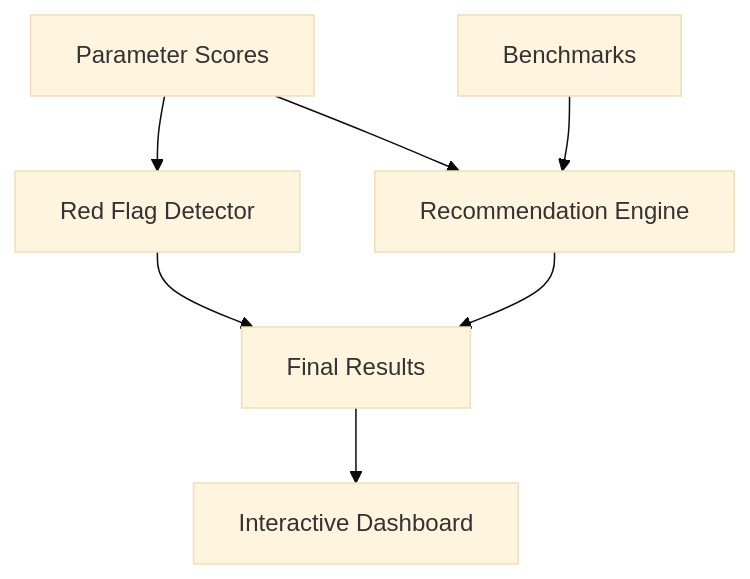
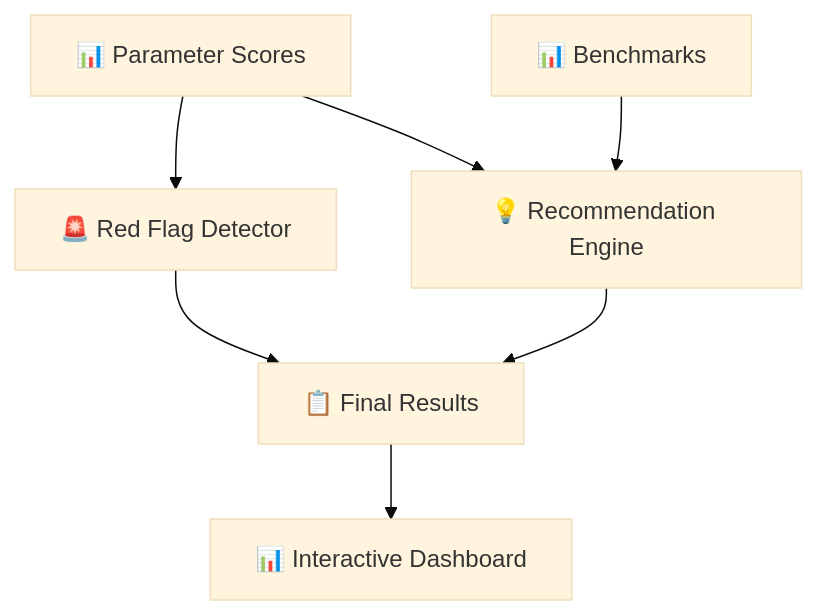
The fifth of 9 diagrams in README.md (Pooja-Vishnoi/GenAI_Hackathon), drawn with Mermaid (base theme) before and after one commit. The commit also changed other lines of this file, not shown here.

````diff
--- a/README.md
+++ b/README.md
@@ -98,11 +104,11 @@
 ```mermaid
 graph TB
-    SCORES[Parameter Scores] --> RF_ENGINE[Red Flag Detector]
-    SCORES --> REC_ENGINE[Recommendation Engine]
-    BENCH[Benchmarks] --> REC_ENGINE
+    SCORES[📊 Parameter Scores] --> RF_ENGINE[🚨 Red Flag Detector]
+    SCORES --> REC_ENGINE[💡 Recommendation Engine]
+    BENCH[📊 Benchmarks] --> REC_ENGINE
     
-    RF_ENGINE --> OUTPUT[Final Results]
+    RF_ENGINE --> OUTPUT[📋 Final Results]
     REC_ENGINE --> OUTPUT
     
-    OUTPUT --> DASHBOARD[Interactive Dashboard]
+    OUTPUT --> DASHBOARD[📊 Interactive Dashboard]
 ```
````
